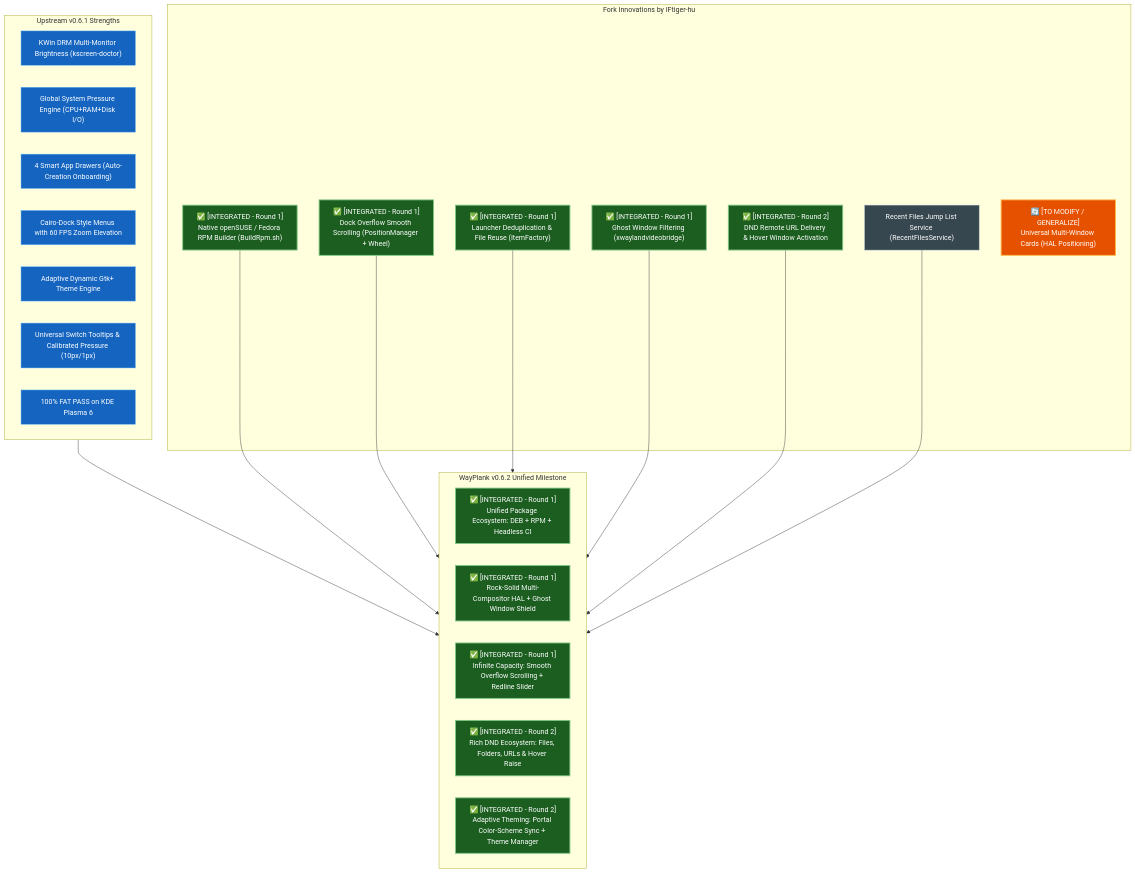
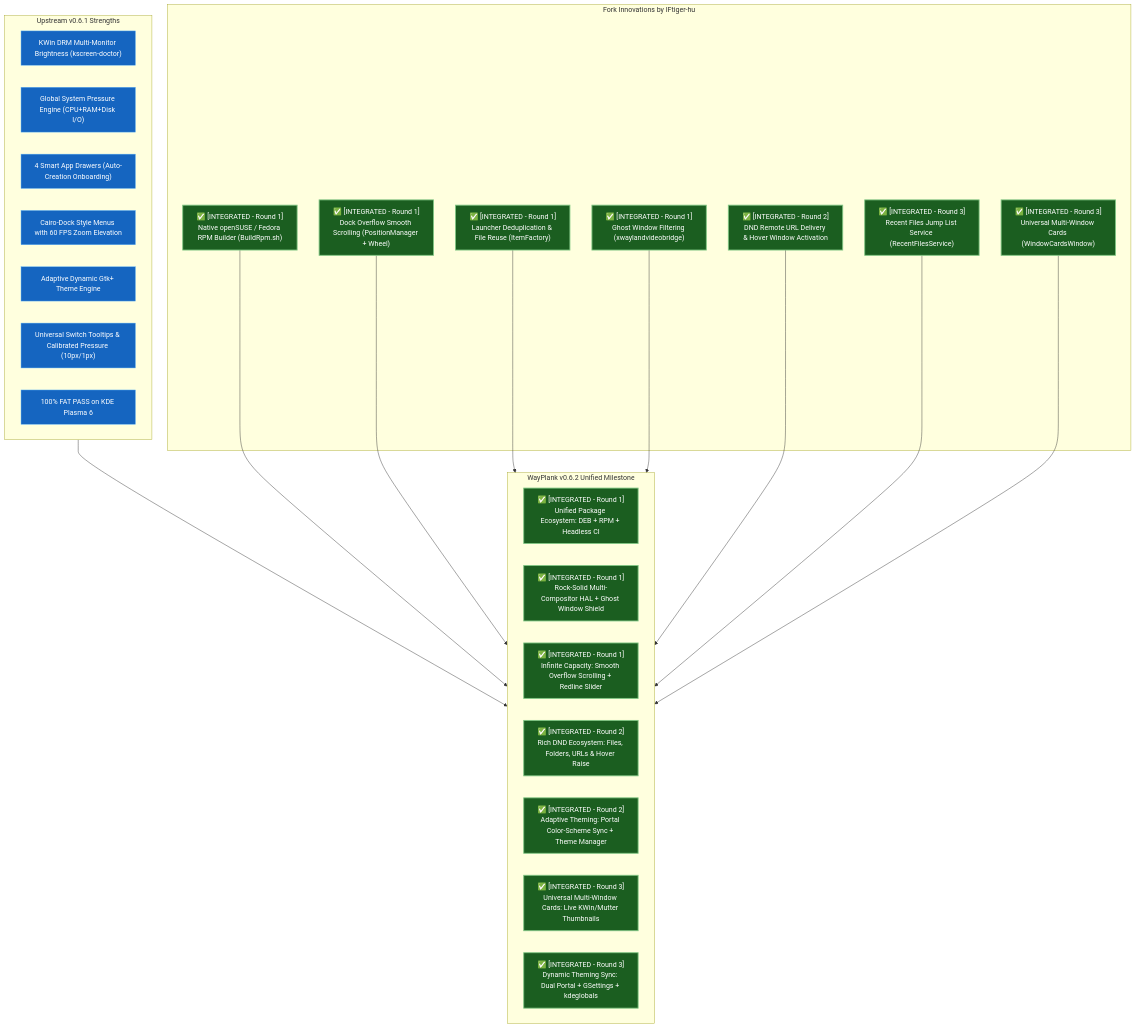
One commit to IFtiger-hu-hub/WayPlank changed the diagram in Documentation/WAYPLANK_V062_FORK_INTEGRATION_ROADMAP.md. Above: the diagram before and after it, drawn with Mermaid. The commit also changed other lines of this file and 17 other files, not shown here.

````diff
--- a/Documentation/WAYPLANK_V062_FORK_INTEGRATION_ROADMAP.md
+++ b/Documentation/WAYPLANK_V062_FORK_INTEGRATION_ROADMAP.md
@@ -53,44 +53,47 @@
 ```mermaid
 flowchart TD
     classDef integrated fill:#1b5e20,stroke:#81c784,stroke-width:2px,color:#ffffff;
     classDef upstream fill:#1565c0,stroke:#64b5f6,stroke-width:1px,color:#ffffff;
     classDef pending fill:#37474f,stroke:#90a4ae,stroke-width:1px,color:#ffffff;
     classDef modify fill:#e65100,stroke:#ffb74d,stroke-width:2px,color:#ffffff;
     classDef rejected fill:#b71c1c,stroke:#ef5350,stroke-width:2px,color:#ffffff;
 
     subgraph Upstream_v061["Upstream v0.6.1 Strengths"]
         U1["KWin DRM Multi-Monitor Brightness (kscreen-doctor)"]:::upstream
         U2["Global System Pressure Engine (CPU+RAM+Disk I/O)"]:::upstream
         U3["4 Smart App Drawers (Auto-Creation Onboarding)"]:::upstream
         U4["Cairo-Dock Style Menus with 60 FPS Zoom Elevation"]:::upstream
         U5["Adaptive Dynamic Gtk+ Theme Engine"]:::upstream
         U6["Universal Switch Tooltips & Calibrated Pressure (10px/1px)"]:::upstream
         U7["100% FAT PASS on KDE Plasma 6"]:::upstream
     end
 
     subgraph Fork_Features["Fork Innovations by IFtiger-hu"]
         F1["✅ [INTEGRATED - Round 1]<br/>Native openSUSE / Fedora RPM Builder (BuildRpm.sh)"]:::integrated
         F2["✅ [INTEGRATED - Round 1]<br/>Dock Overflow Smooth Scrolling (PositionManager + Wheel)"]:::integrated
         F3["✅ [INTEGRATED - Round 1]<br/>Launcher Deduplication & File Reuse (ItemFactory)"]:::integrated
         F4["✅ [INTEGRATED - Round 1]<br/>Ghost Window Filtering (xwaylandvideobridge)"]:::integrated
         F5["✅ [INTEGRATED - Round 2]<br/>DND Remote URL Delivery & Hover Window Activation"]:::integrated
-        F6["Recent Files Jump List Service (RecentFilesService)"]:::pending
-        F7["🔄 [TO MODIFY / GENERALIZE]<br/>Universal Multi-Window Cards (HAL Positioning)"]:::modify
+        F6["✅ [INTEGRATED - Round 3]<br/>Recent Files Jump List Service (RecentFilesService)"]:::integrated
+        F7["✅ [INTEGRATED - Round 3]<br/>Universal Multi-Window Cards (WindowCardsWindow)"]:::integrated
     end
 
     subgraph Unified_v062["WayPlank v0.6.2 Unified Milestone"]
         M1["✅ [INTEGRATED - Round 1]<br/>Unified Package Ecosystem: DEB + RPM + Headless CI"]:::integrated
         M2["✅ [INTEGRATED - Round 1]<br/>Rock-Solid Multi-Compositor HAL + Ghost Window Shield"]:::integrated
         M3["✅ [INTEGRATED - Round 1]<br/>Infinite Capacity: Smooth Overflow Scrolling + Redline Slider"]:::integrated
         M4["✅ [INTEGRATED - Round 2]<br/>Rich DND Ecosystem: Files, Folders, URLs & Hover Raise"]:::integrated
         M5["✅ [INTEGRATED - Round 2]<br/>Adaptive Theming: Portal Color-Scheme Sync + Theme Manager"]:::integrated
+        M6["✅ [INTEGRATED - Round 3]<br/>Universal Multi-Window Cards: Live KWin/Mutter Thumbnails"]:::integrated
+        M7["✅ [INTEGRATED - Round 3]<br/>Dynamic Theming Sync: Dual Portal + GSettings + kdeglobals"]:::integrated
     end
 
     Upstream_v061 --> Unified_v062
     F1 --> Unified_v062
     F2 --> Unified_v062
     F3 --> Unified_v062
     F4 --> Unified_v062
     F5 --> Unified_v062
     F6 --> Unified_v062
+    F7 --> Unified_v062
 ```
````
